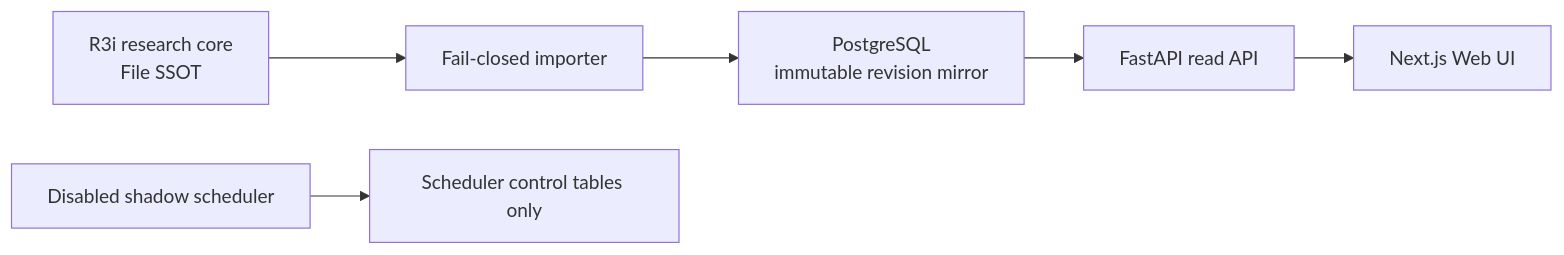
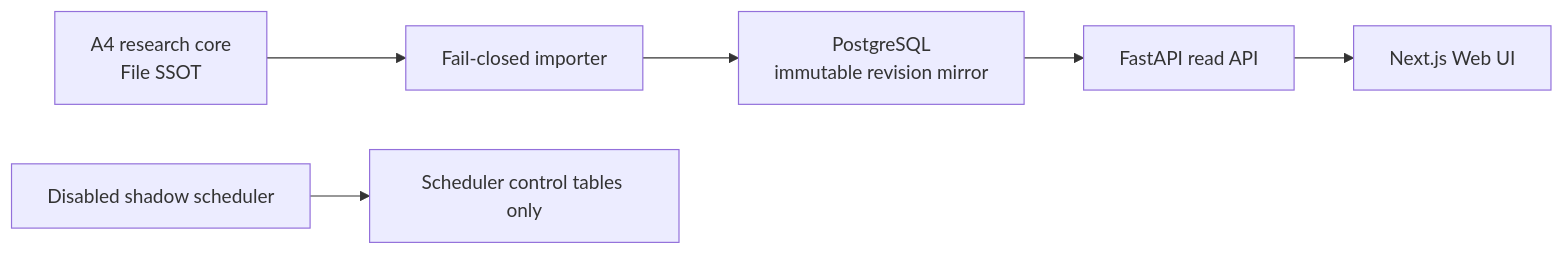
Before and after one commit to PXShou329/PCR_TW_Project: the diagram in README.md, drawn with Mermaid. The commit also changed other lines of this file and 58 other files, not shown here.

````diff
--- a/README.md
+++ b/README.md
@@ -24,8 +24,8 @@
 ```mermaid
 flowchart LR
-  RC["R3i research core\nFile SSOT"] --> IM["Fail-closed importer"]
+  RC["A4 research core\nFile SSOT"] --> IM["Fail-closed importer"]
   IM --> DB["PostgreSQL\nimmutable revision mirror"]
   DB --> API["FastAPI read API"]
   API --> WEB["Next.js Web UI"]
   SCH["Disabled shadow scheduler"] --> CTRL["Scheduler control tables only"]
 ```
````
